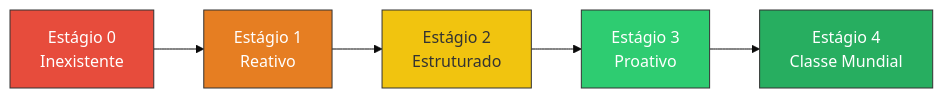
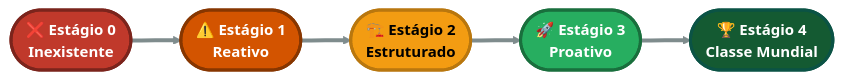
The sixth of 10 diagrams in chapters/cap2-modelos-gestao.qmd (rafasfer2/MiningAnalyticsBook), drawn with Mermaid (base theme) before and after one commit. The commit also changed other lines of this file and 110 other files, not shown here.

````diff
--- a/chapters/cap2-modelos-gestao.qmd
+++ b/chapters/cap2-modelos-gestao.qmd
@@ -625,15 +710,32 @@
 ```{mermaid}
 %%| label: fig-maturidade-excelencia
 %%| fig-cap: "Curva de Maturidade em Gestão da Excelência"
-graph LR
-    A[Estágio 0<br/>Inexistente] --> B[Estágio 1<br/>Reativo]
-    B --> C[Estágio 2<br/>Estruturado]
-    C --> D[Estágio 3<br/>Proativo]
-    D --> E[Estágio 4<br/>Classe Mundial]
+flowchart LR
 
-    style A fill:#e74c3c,stroke:#333,color:#fff
-    style B fill:#e67e22,stroke:#333,color:#fff
-    style C fill:#f1c40f,stroke:#333
-    style D fill:#2ecc71,stroke:#333,color:#fff
-    style E fill:#27ae60,stroke:#333,color:#fff
+    %% --- CONFIGURAÇÃO DE ESTILOS (Escala Semafórica de Maturidade) ---
+    classDef st0 fill:#c0392b,stroke:#7b241c,stroke-width:3px,color:#ffffff,font-size:15px,font-weight:bold
+    classDef st1 fill:#d35400,stroke:#873600,stroke-width:3px,color:#ffffff,font-size:15px,font-weight:bold
+    classDef st2 fill:#f39c12,stroke:#b9770e,stroke-width:3px,color:#000000,font-size:15px,font-weight:bold
+    classDef st3 fill:#27ae60,stroke:#196f3d,stroke-width:3px,color:#ffffff,font-size:15px,font-weight:bold
+    classDef st4 fill:#145a32,stroke:#0b5345,stroke-width:3px,color:#ffffff,font-size:15px,font-weight:bold
+
+    %% --- ESTRUTURA DOS NÓS (Formato de "Pílula" para Marcos de Jornada) ---
+    A(["❌ Estágio 0<br>Inexistente"])
+    B(["⚠️ Estágio 1<br>Reativo"])
+    C(["🏗️ Estágio 2<br>Estruturado"])
+    D(["🚀 Estágio 3<br>Proativo"])
+    E(["🏆 Estágio 4<br>Classe Mundial"])
+
+    %% --- CONEXÕES (Linha do Tempo Evolutiva) ---
+    A ==> B ==> C ==> D ==> E
+
+    %% Engrossando a linha direcional para dar peso à jornada
+    linkStyle default stroke:#7f8c8d,stroke-width:4px
+
+    %% --- APLICAÇÃO DOS ESTILOS ---
+    class A st0;
+    class B st1;
+    class C st2;
+    class D st3;
+    class E st4;
 ```
````
